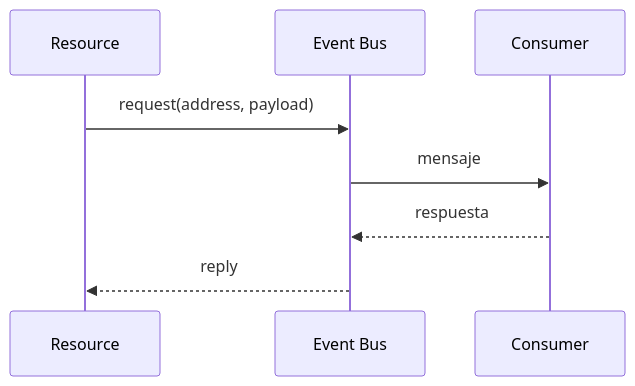
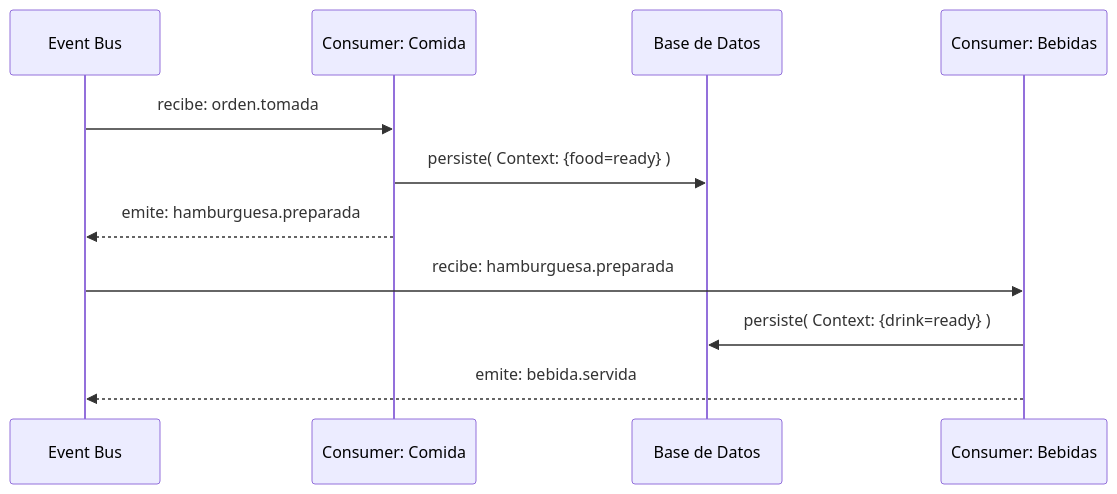
The fifth of 7 diagrams in docs/backend-java-quarkus/06-event-driven-mfa/event-driven-design.md (teamdroid-trainer/docs-docusaurus-trainer), drawn with Mermaid before and after one commit. The commit also changed other lines of this file and 1 other file, not shown here.

````diff
--- a/docs/backend-java-quarkus/06-event-driven-mfa/event-driven-design.md
+++ b/docs/backend-java-quarkus/06-event-driven-mfa/event-driven-design.md
@@ -101,10 +160,15 @@
 ```mermaid
 sequenceDiagram
-    participant R as Resource
     participant EB as Event Bus
-    participant C as Consumer
-    R->>EB: request(address, payload)
-    EB->>C: mensaje
-    C-->>EB: respuesta
-    EB-->>R: reply
+    participant C1 as Consumer: Comida
+    participant BD as Base de Datos
+    participant C2 as Consumer: Bebidas
+
+    EB->>C1: recibe: orden.tomada
+    C1->>BD: persiste( Context: {food=ready} )
+    C1-->>EB: emite: hamburguesa.preparada
+
+    EB->>C2: recibe: hamburguesa.preparada
+    C2->>BD: persiste( Context: {drink=ready} )
+    C2-->>EB: emite: bebida.servida
 ```
````
